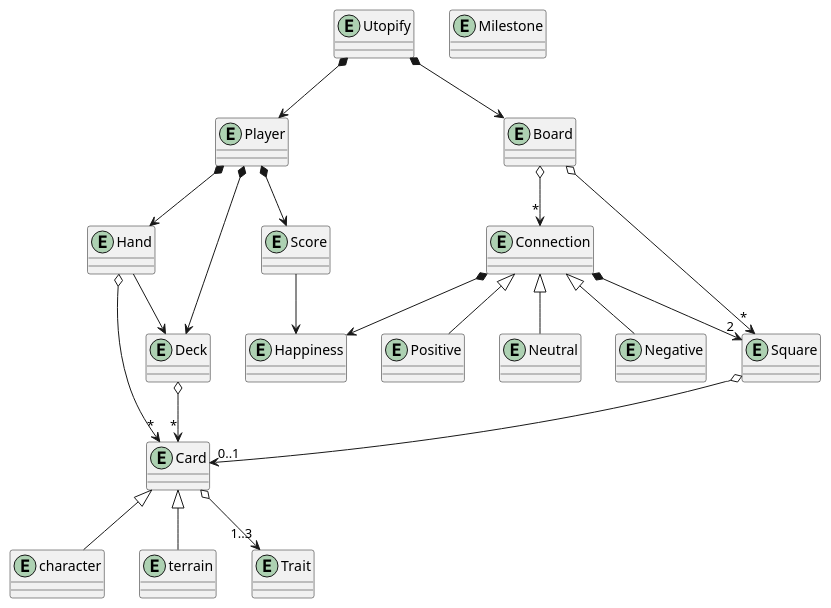
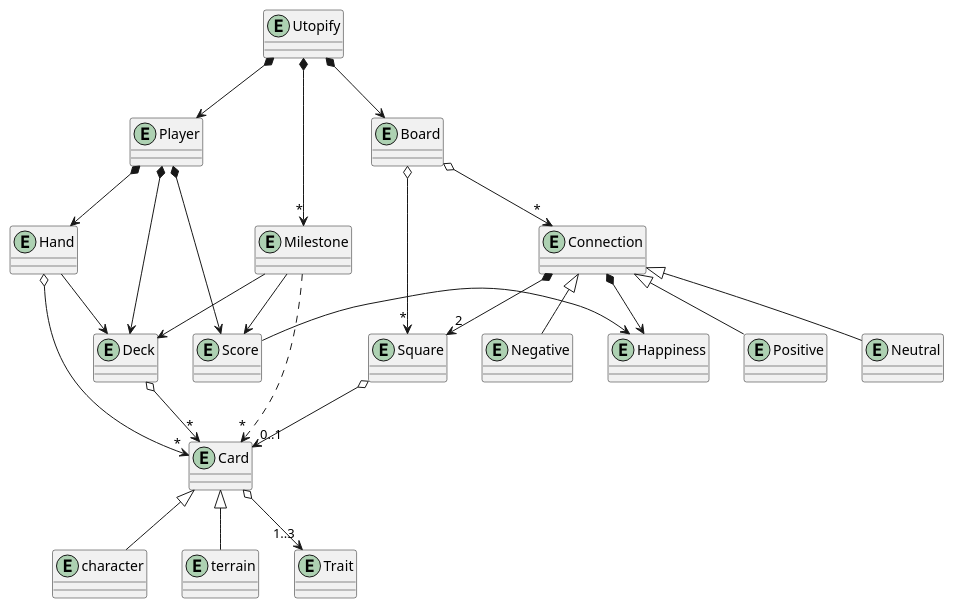
Before and after one commit to Juan-Albert/Utopify: the diagram in Diagrams/UML/DomainModel.puml, drawn with PlantUML.

Commit message:
feat(Diagrams): one game of utopify has milestones, which inject cards in the deck depending on the global score

```diff
--- a/Diagrams/UML/DomainModel.puml
+++ b/Diagrams/UML/DomainModel.puml
@@ -1,44 +1,49 @@
 @startuml
 
 entity Utopify
 entity Player
 entity Deck
 entity Hand
 entity Card
 entity character
 entity terrain
 entity Trait
 entity Board
 entity Square
 entity Connection
 entity Positive
 entity Neutral
 entity Negative
 entity Happiness
 entity Score
 entity Milestone
 
 Utopify *--> Player
 Player *--> Deck
 Player *--> Hand
 Hand --> Deck
 Hand o--> "*" Card
 Deck o--> "*" Card
 Card o--> "1..3" Trait
 Card <|-- character
 Card <|-- terrain
 
 Player *--> Score
 Score -> Happiness
 
 Utopify *--> Board
 Board o--> "*" Square
 Board o--> "*" Connection
 Square o--> "0..1" Card
 Connection *--> "2" Square
 Connection *--> Happiness
 Connection <|-- Positive
 Connection <|-- Neutral
 Connection <|-- Negative
- 
+
+Utopify *--> "*" Milestone
+Milestone --> Score
+Milestone --> Deck
+Milestone ..> "*" Card 
+
 @enduml
```
